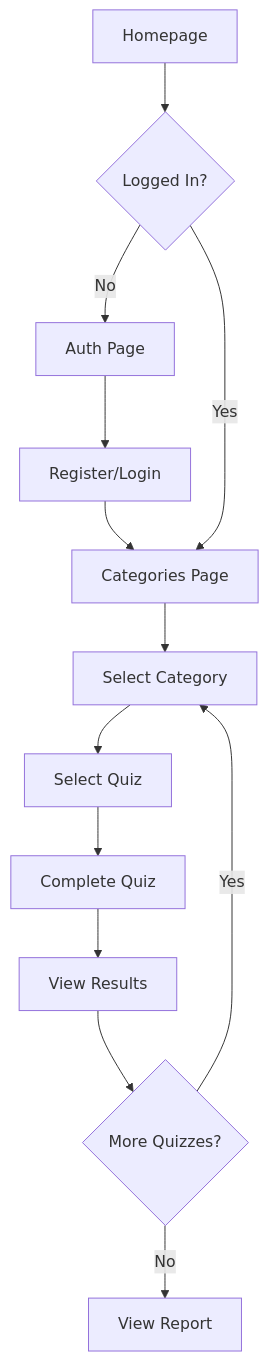
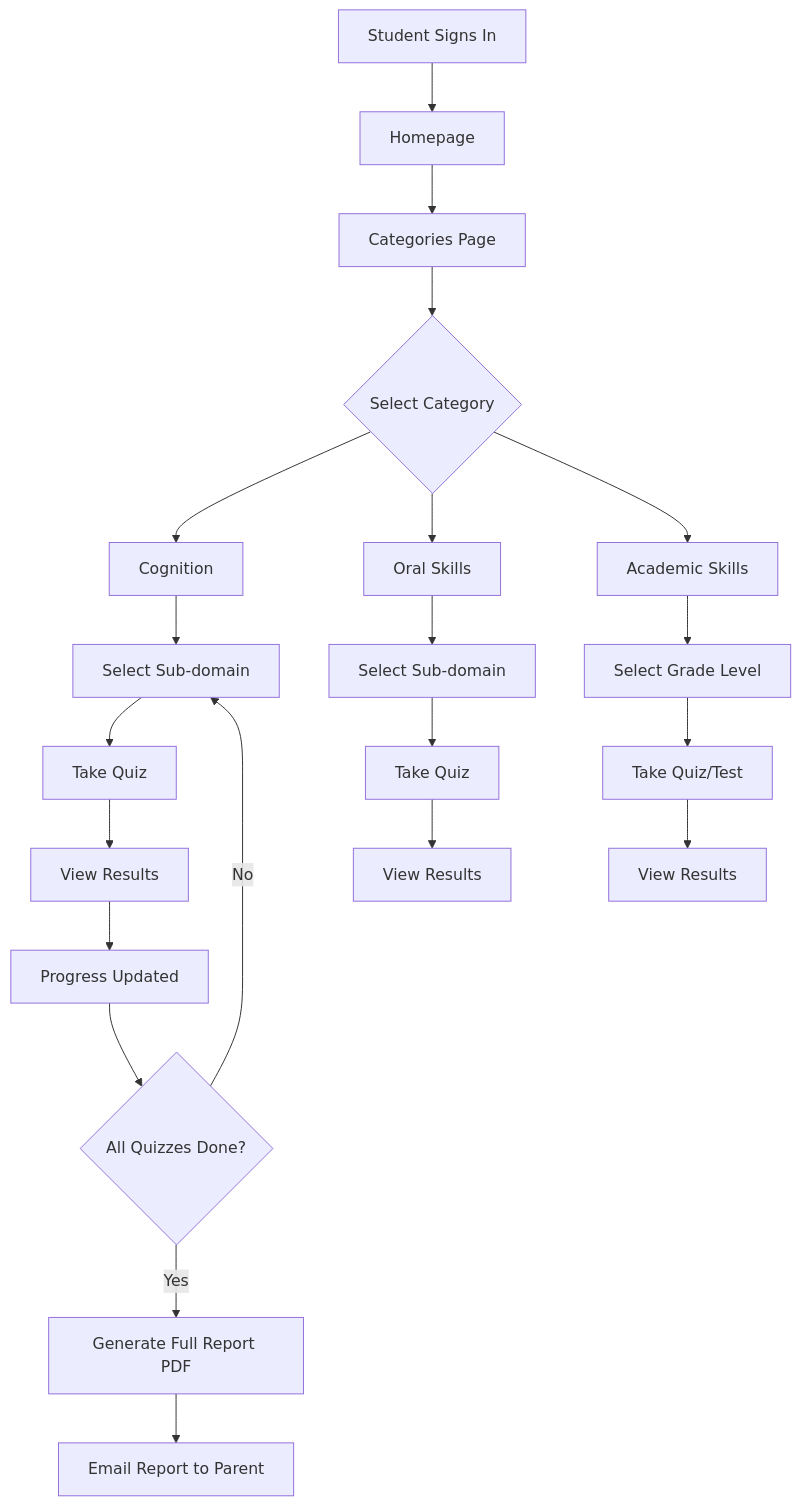
Before and after one commit to em-air/holistic-assessment-tool: the eighth of 13 diagrams in OVERVIEW.md, drawn with Mermaid. The commit also changed other lines of this file and 1 other file, not shown here.

````diff
--- a/OVERVIEW.md
+++ b/OVERVIEW.md
@@ -303,15 +466,27 @@
 ```mermaid
 flowchart TD
-    A[Homepage] --> B{Logged In?}
-    B -->|No| C[Auth Page]
-    C --> D[Register/Login]
-    D --> E[Categories Page]
-    B -->|Yes| E
-    E --> F[Select Category]
-    F --> G[Select Quiz]
-    G --> H[Complete Quiz]
-    H --> I[View Results]
-    I --> J{More Quizzes?}
-    J -->|Yes| F
-    J -->|No| K[View Report]
+    A[Student Signs In] --> B[Homepage]
+    B --> C[Categories Page]
+    C --> D{Select Category}
+    D --> E[Cognition]
+    D --> F[Oral Skills]
+    D --> G[Academic Skills]
+
+    E --> E1[Select Sub-domain]
+    E1 --> E2[Take Quiz]
+    E2 --> E3[View Results]
+    E3 --> E4[Progress Updated]
+
+    F --> F1[Select Sub-domain]
+    F1 --> F2[Take Quiz]
+    F2 --> F3[View Results]
+
+    G --> G1[Select Grade Level]
+    G1 --> G2[Take Quiz/Test]
+    G2 --> G3[View Results]
+
+    E4 --> H{All Quizzes Done?}
+    H -->|Yes| I[Generate Full Report PDF]
+    H -->|No| E1
+    I --> J[Email Report to Parent]
 ```
````
